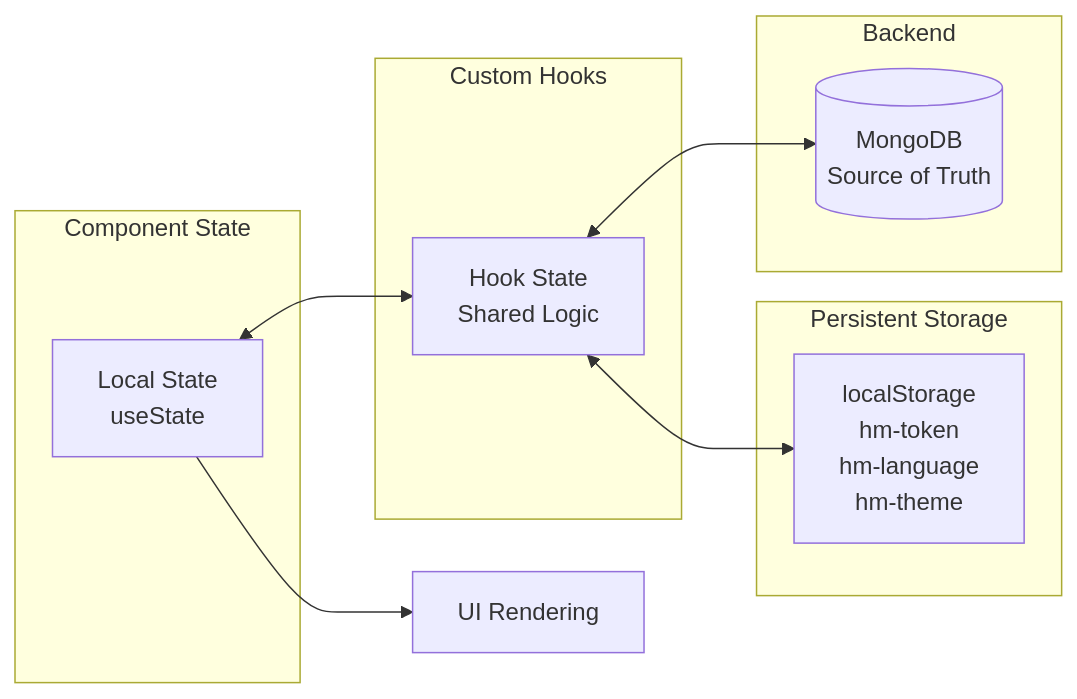
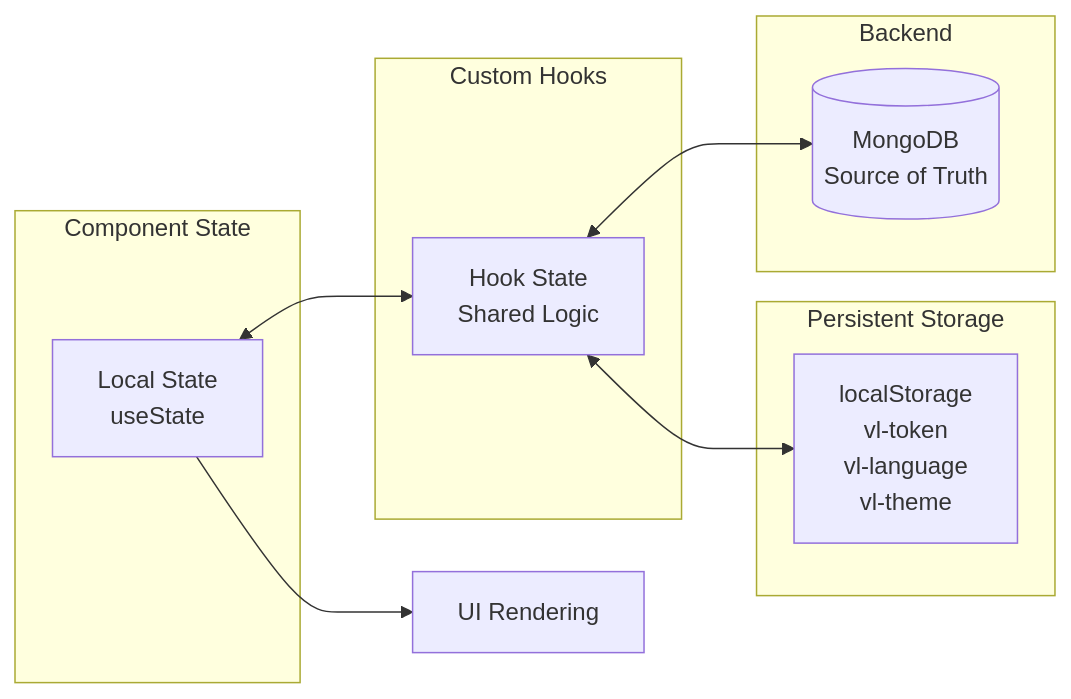
Before and after one commit to rghvndr99/hearMe: the ninth of 9 diagrams in FLOW_DIAGRAMS.md, drawn with Mermaid. The commit also changed other lines of this file and 101 other files, not shown here.

````diff
--- a/FLOW_DIAGRAMS.md
+++ b/FLOW_DIAGRAMS.md
@@ -394,23 +394,23 @@
 ```mermaid
 graph LR
     subgraph "Component State"
         LocalState[Local State<br/>useState]
     end
 
     subgraph "Custom Hooks"
         HookState[Hook State<br/>Shared Logic]
     end
 
     subgraph "Persistent Storage"
-        LS[localStorage<br/>hm-token<br/>hm-language<br/>hm-theme]
+        LS[localStorage<br/>vl-token<br/>vl-language<br/>vl-theme]
     end
 
     subgraph "Backend"
         DB[(MongoDB<br/>Source of Truth)]
     end
 
     LocalState <--> HookState
     HookState <--> LS
     HookState <--> DB
     LocalState --> UI[UI Rendering]
 ```
````
